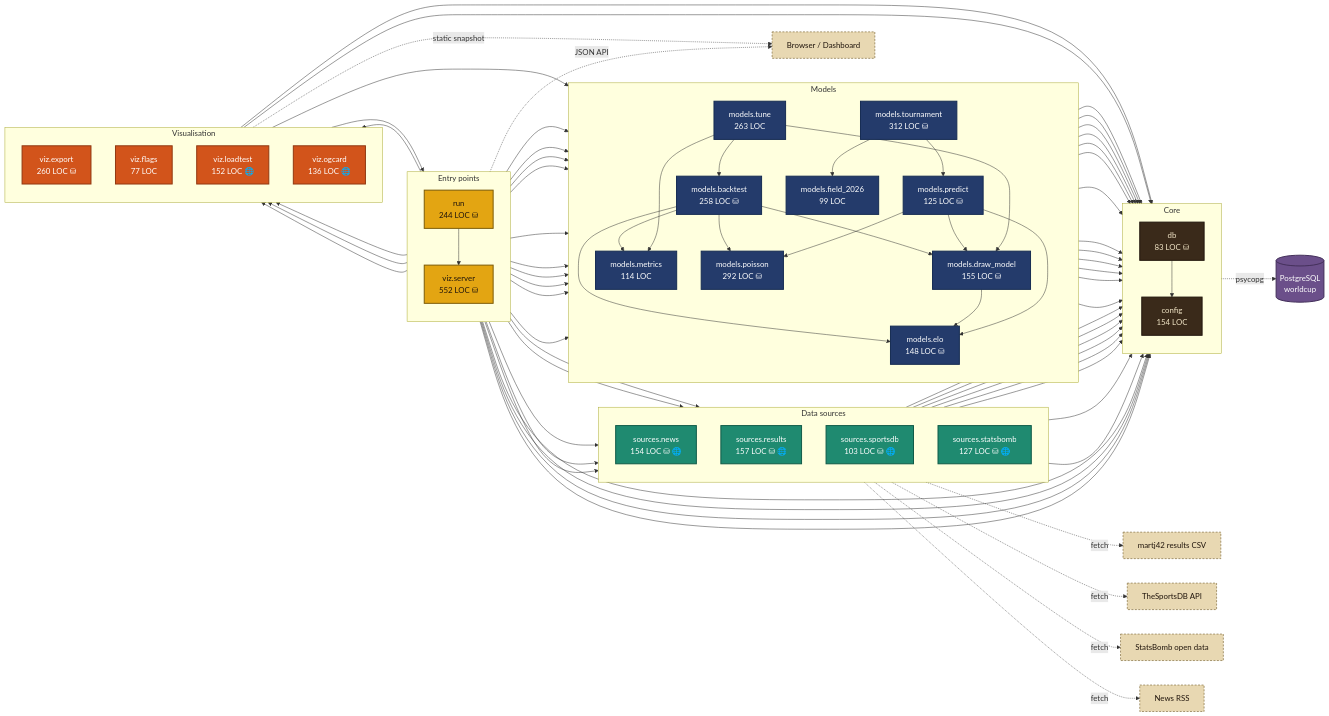
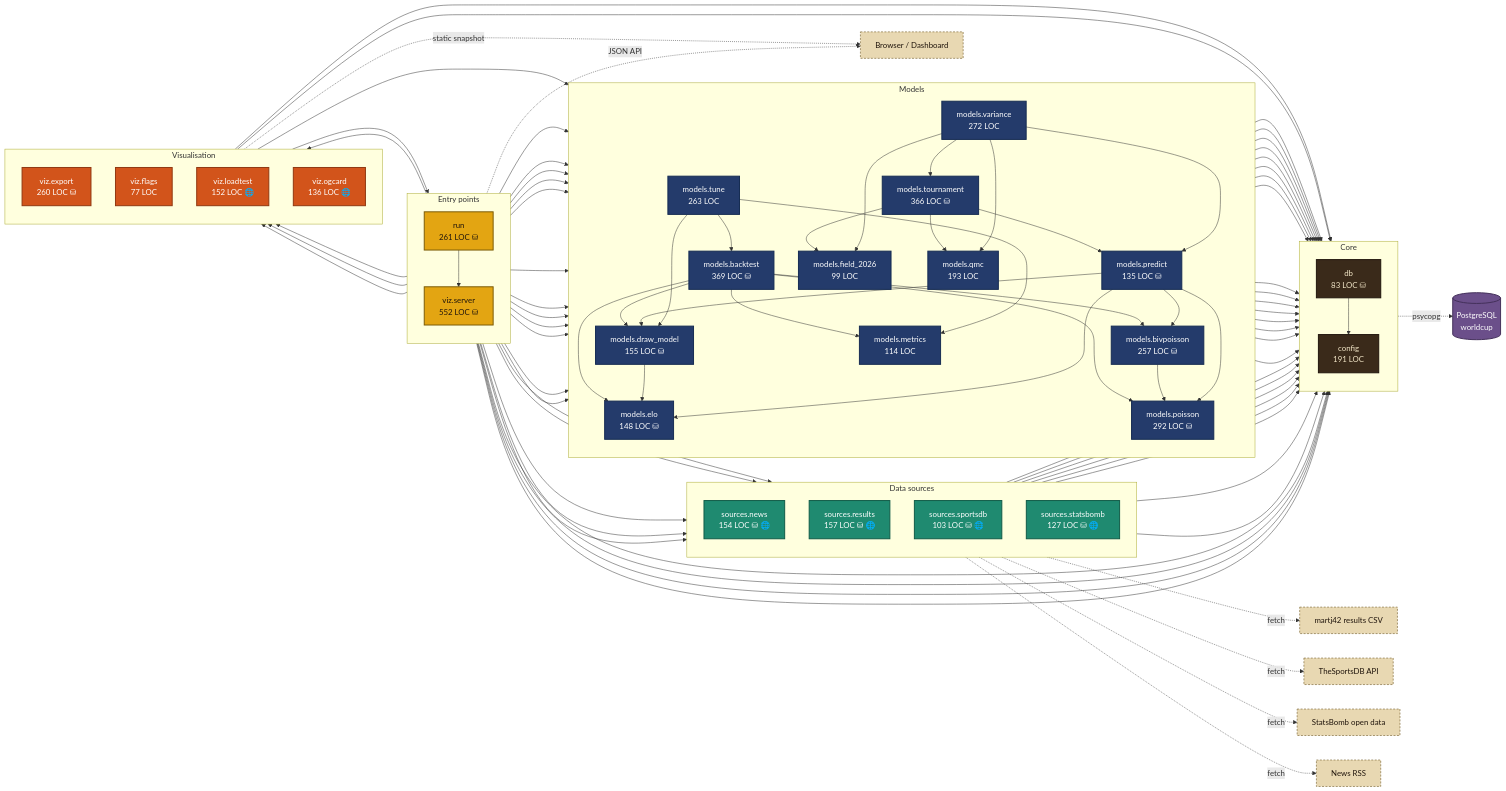
The first of 2 diagrams in ARCHITECTURE.md (businessofmmm-wq/WorldCup2026), drawn with Mermaid before and after one commit. The commit also changed other lines of this file and 3 other files, not shown here.

```diff
--- a/ARCHITECTURE.md
+++ b/ARCHITECTURE.md
@@ -40,7 +40,7 @@
   classDef ext fill:#e8d8b2,stroke:#8a7647,color:#20150c,stroke-width:1.5px,stroke-dasharray:4 3;
   subgraph L_entry["Entry points"]
     direction TB
-    run["run<br/>244 LOC  ⛁"]
+    run["run<br/>261 LOC  ⛁"]
     viz_server["viz.server<br/>552 LOC  ⛁"]
   end
   subgraph L_sources["Data sources"]
@@ -52,20 +52,23 @@
   end
   subgraph L_core["Core"]
     direction TB
-    config["config<br/>154 LOC"]
+    config["config<br/>191 LOC"]
     db["db<br/>83 LOC  ⛁"]
   end
   subgraph L_models["Models"]
     direction TB
-    models_backtest["models.backtest<br/>258 LOC  ⛁"]
+    models_backtest["models.backtest<br/>369 LOC  ⛁"]
+    models_bivpoisson["models.bivpoisson<br/>257 LOC  ⛁"]
     models_draw_model["models.draw_model<br/>155 LOC  ⛁"]
     models_elo["models.elo<br/>148 LOC  ⛁"]
     models_field_2026["models.field_2026<br/>99 LOC"]
     models_metrics["models.metrics<br/>114 LOC"]
     models_poisson["models.poisson<br/>292 LOC  ⛁"]
-    models_predict["models.predict<br/>125 LOC  ⛁"]
-    models_tournament["models.tournament<br/>312 LOC  ⛁"]
+    models_predict["models.predict<br/>135 LOC  ⛁"]
+    models_qmc["models.qmc<br/>193 LOC"]
+    models_tournament["models.tournament<br/>366 LOC  ⛁"]
     models_tune["models.tune<br/>263 LOC"]
+    models_variance["models.variance<br/>272 LOC"]
   end
   subgraph L_viz["Visualisation"]
     direction TB
@@ -90,6 +93,7 @@
   run --> config
   run --> db
   run --> models_backtest
+  run --> models_bivpoisson
   run --> models_draw_model
   run --> models_elo
   run --> models_field_2026
@@ -97,6 +101,7 @@
   run --> models_predict
   run --> models_tournament
   run --> models_tune
+  run --> models_variance
   run --> sources_news
   run --> sources_results
   run --> sources_sportsdb
@@ -107,10 +112,14 @@
   run --> viz_server
   models_backtest --> config
   models_backtest --> db
+  models_backtest --> models_bivpoisson
   models_backtest --> models_draw_model
   models_backtest --> models_elo
   models_backtest --> models_metrics
   models_backtest --> models_poisson
+  models_bivpoisson --> config
+  models_bivpoisson --> db
+  models_bivpoisson --> models_poisson
   models_draw_model --> config
   models_draw_model --> db
   models_draw_model --> models_elo
@@ -120,6 +129,7 @@
   models_poisson --> db
   models_predict --> config
   models_predict --> db
+  models_predict --> models_bivpoisson
   models_predict --> models_draw_model
   models_predict --> models_elo
   models_predict --> models_poisson
@@ -127,10 +137,16 @@
   models_tournament --> db
   models_tournament --> models_field_2026
   models_tournament --> models_predict
+  models_tournament --> models_qmc
   models_tune --> config
   models_tune --> models_backtest
   models_tune --> models_draw_model
   models_tune --> models_metrics
+  models_variance --> config
+  models_variance --> models_field_2026
+  models_variance --> models_predict
+  models_variance --> models_qmc
+  models_variance --> models_tournament
   sources_news --> config
   sources_news --> db
   sources_results --> config
@@ -160,14 +176,17 @@
   class db core;
   class run entry;
   class models_backtest models;
+  class models_bivpoisson models;
   class models_draw_model models;
   class models_elo models;
   class models_field_2026 models;
   class models_metrics models;
   class models_poisson models;
   class models_predict models;
+  class models_qmc models;
   class models_tournament models;
   class models_tune models;
+  class models_variance models;
   class sources_news sources;
   class sources_results sources;
   class sources_sportsdb sources;
```
